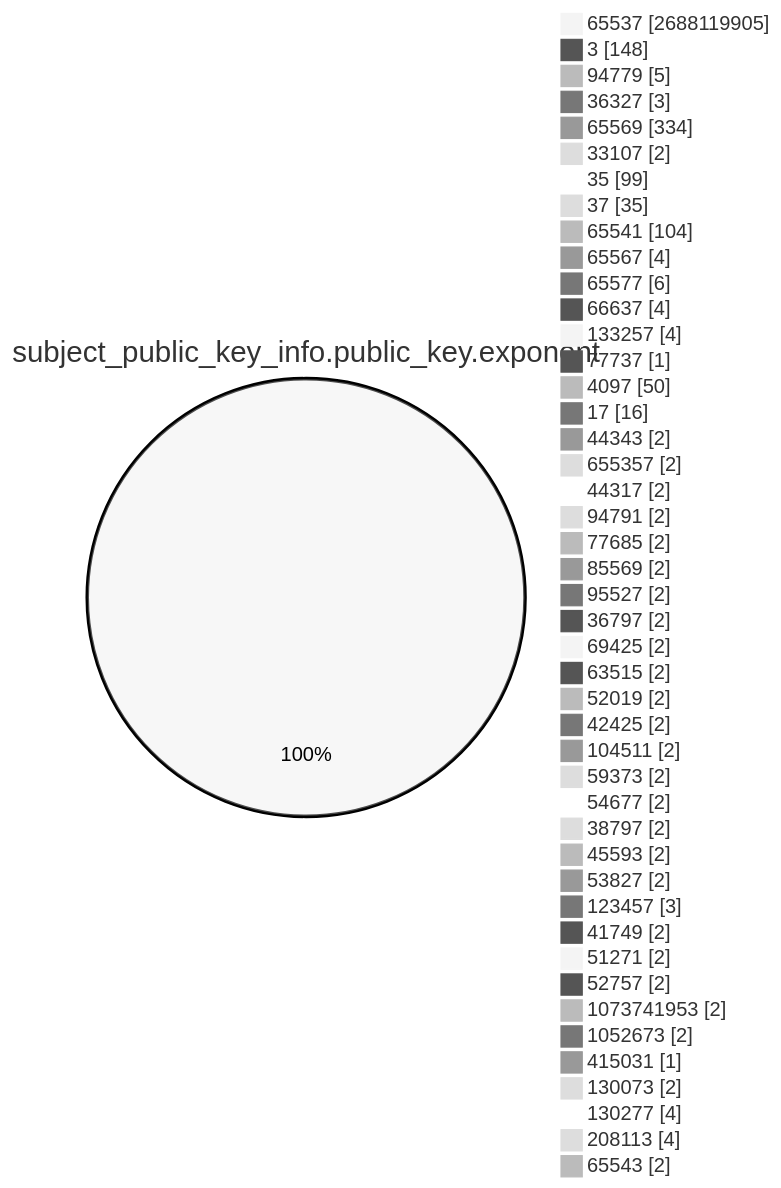
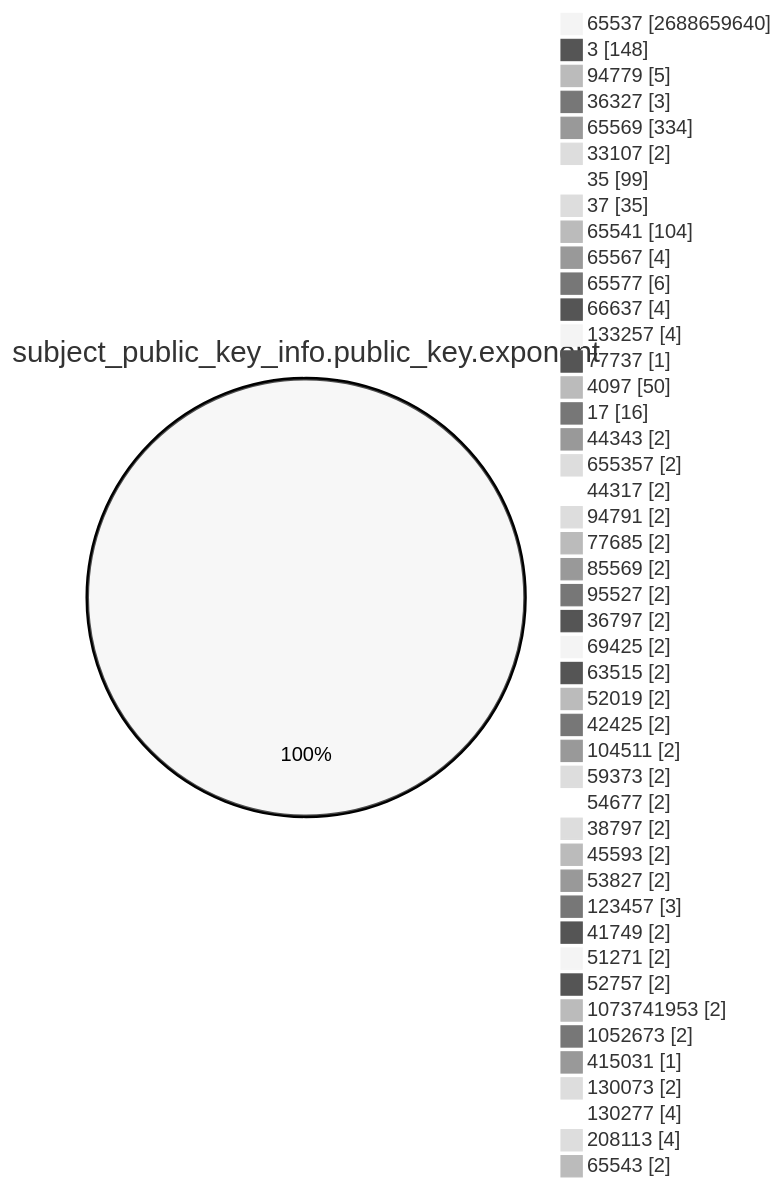
Before and after one commit to christiankrug/ctmonitor_visualization: the fourth of 15 diagrams in TOTAL/README.md, drawn with Mermaid (neutral theme). The commit also changed other lines of this file, not shown here.

````diff
--- a/TOTAL/README.md
+++ b/TOTAL/README.md
@@ -1467,49 +1467,49 @@
 ```mermaid
 pie showData
 title subject_public_key_info.public_key.exponent
-"65537" :2688119905
+"65537" :2688659640
 "3" :148
 "94779" :5
 "36327" :3
 "65569" :334
 "33107" :2
 "35" :99
 "37" :35
 "65541" :104
 "65567" :4
 "65577" :6
 "66637" :4
 "133257" :4
 "77737" :1
 "4097" :50
 "17" :16
 "44343" :2
 "655357" :2
 "44317" :2
 "94791" :2
 "77685" :2
 "85569" :2
 "95527" :2
 "36797" :2
 "69425" :2
 "63515" :2
 "52019" :2
 "42425" :2
 "104511" :2
 "59373" :2
 "54677" :2
 "38797" :2
 "45593" :2
 "53827" :2
 "123457" :3
 "41749" :2
 "51271" :2
 "52757" :2
 "1073741953" :2
 "1052673" :2
 "415031" :1
 "130073" :2
 "130277" :4
 "208113" :4
 "65543" :2
 ```
````
